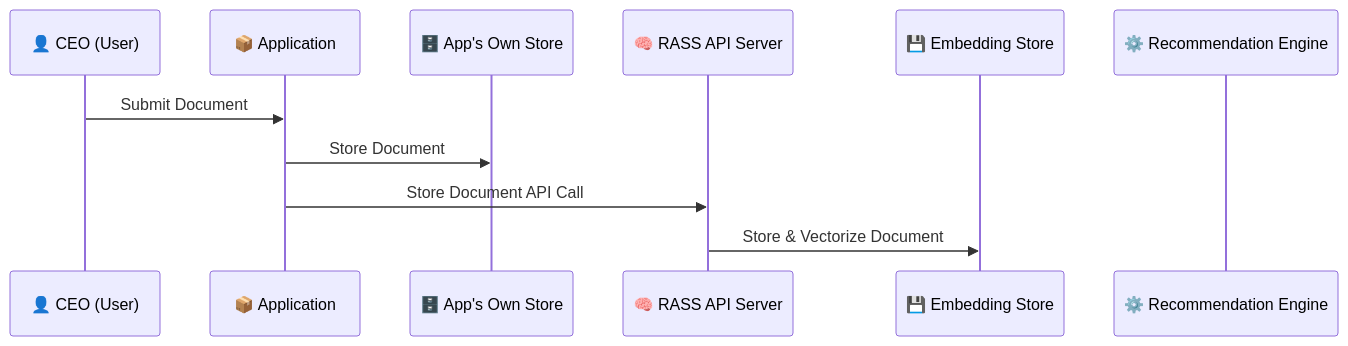
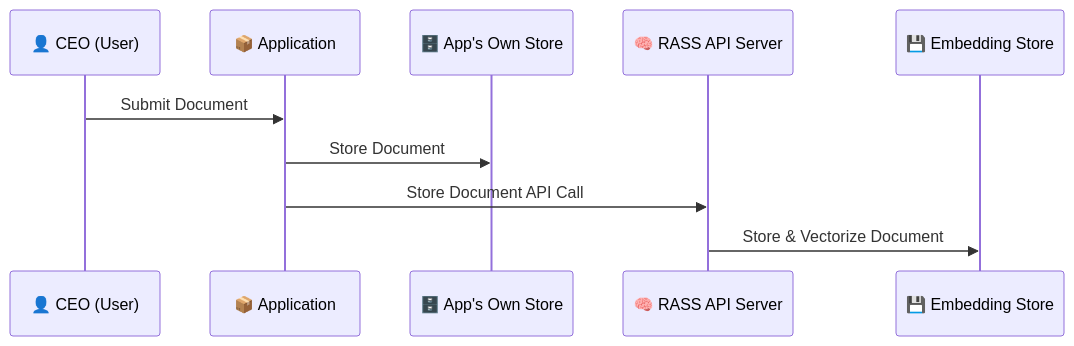
Before and after one commit to mieweb/rass-api: the second of 3 diagrams in README.md, drawn with Mermaid. The commit also changed other lines of this file and 19 other files, not shown here.

````diff
--- a/README.md
+++ b/README.md
@@ -52,15 +347,14 @@
 ```mermaid
 sequenceDiagram
     participant CEO as 👤 CEO (User)
     participant App as 📦 Application
     participant AppStore as 🗄️ App's Own Store
     participant RAS as 🧠 RASS API Server
     participant Backend as 💾 Embedding Store
-    participant Rec as ⚙️ Recommendation Engine
 
     %% --- Document Storage Flow ---
     CEO->>App: Submit Document
     App->>AppStore: Store Document
     App->>RAS: Store Document API Call
     RAS->>Backend: Store & Vectorize Document
 ```
````
